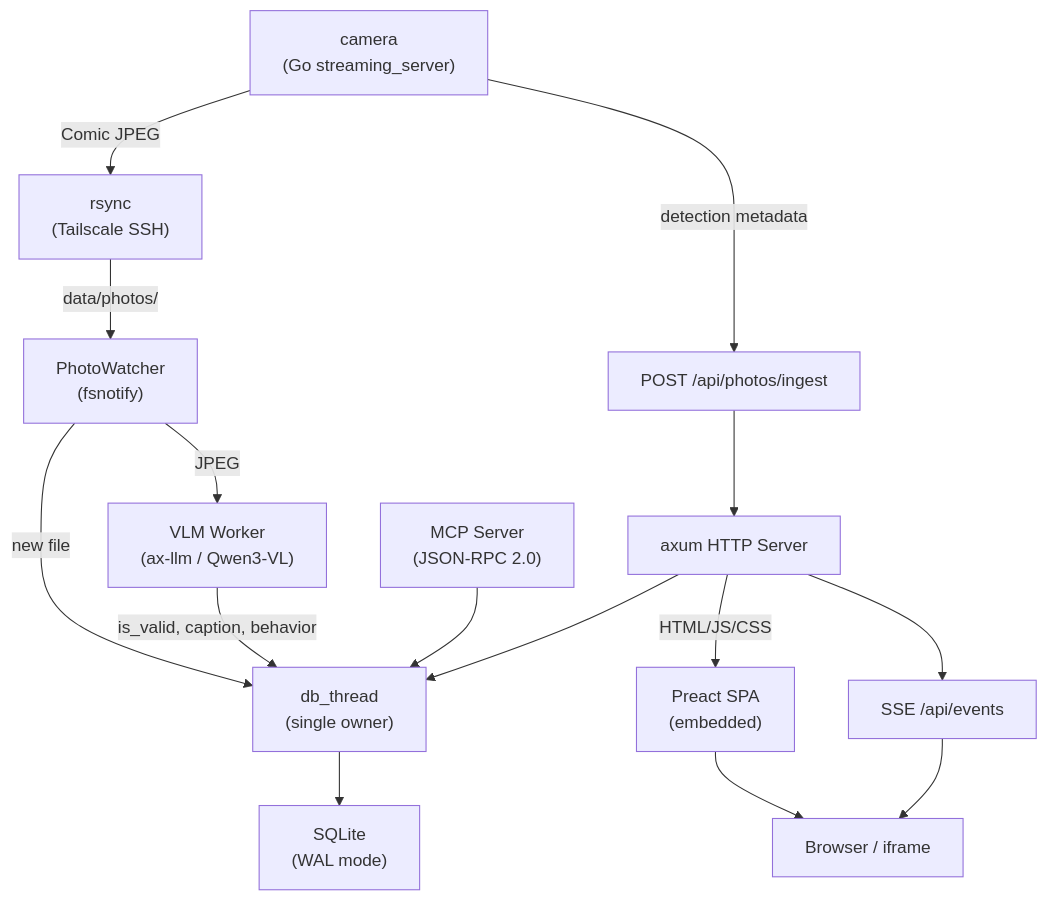
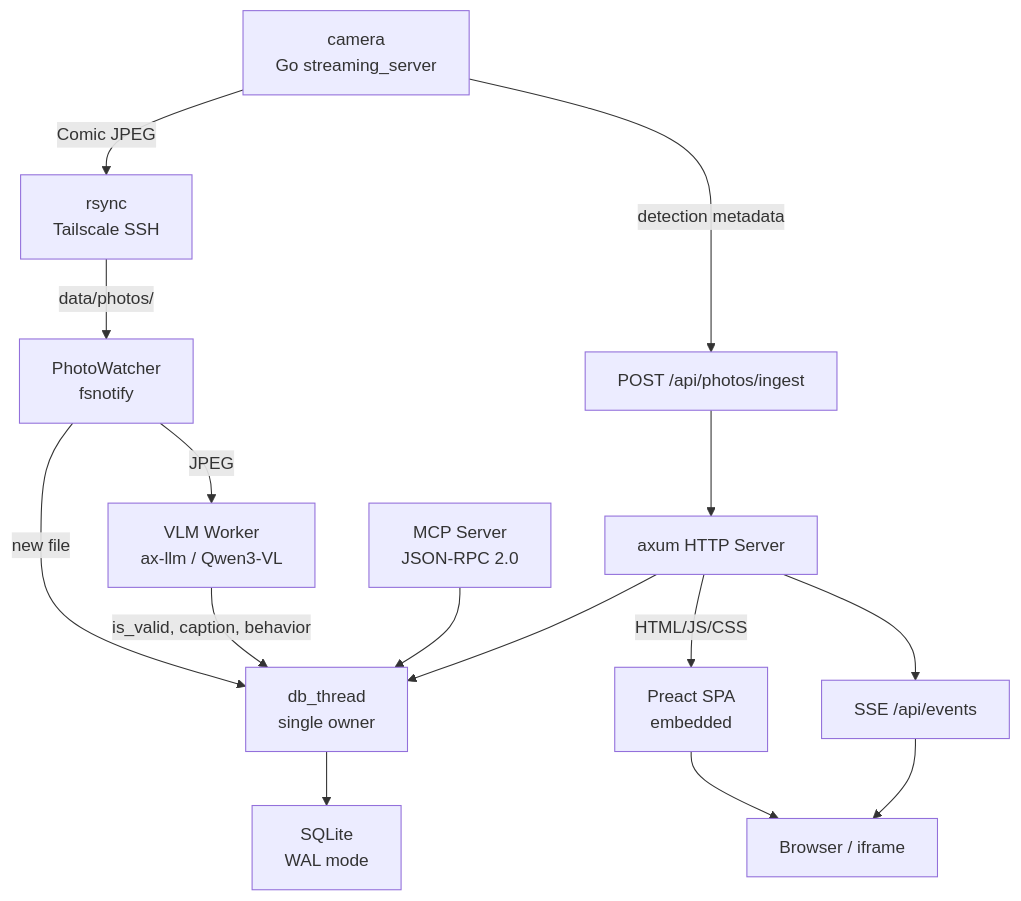
The first of 2 diagrams in src/ai-pyramid/docs/architecture.md (dj-oyu/rdk-x5_smart-pet-camera), drawn with Mermaid before and after one commit. The commit also changed other lines of this file and 32 other files, not shown here.

````diff
--- a/src/ai-pyramid/docs/architecture.md
+++ b/src/ai-pyramid/docs/architecture.md
@@ -5,30 +5,30 @@
 ```mermaid
 graph TD
-    RDK["camera<br/>(Go streaming_server)"]
-    RSYNC["rsync<br/>(Tailscale SSH)"]
+    RDK["camera<br/>Go streaming_server"]
+    RSYNC["rsync<br/>Tailscale SSH"]
     INGEST_API["POST /api/photos/ingest"]
-    WATCHER["PhotoWatcher<br/>(fsnotify)"]
-    VLM["VLM Worker<br/>(ax-llm / Qwen3-VL)"]
-    DB_THREAD["db_thread<br/>(single owner)"]
-    SQLITE["SQLite<br/>(WAL mode)"]
+    WATCHER["PhotoWatcher<br/>fsnotify"]
+    VLM["VLM Worker<br/>ax-llm / Qwen3-VL"]
+    DB_THREAD["db_thread<br/>single owner"]
+    SQLITE["SQLite<br/>WAL mode"]
     SERVER["axum HTTP Server"]
-    MCP["MCP Server<br/>(JSON-RPC 2.0)"]
-    UI["Preact SPA<br/>(embedded)"]
+    MCP["MCP Server<br/>JSON-RPC 2.0"]
+    UI["Preact SPA<br/>embedded"]
     SSE["SSE /api/events"]
     BROWSER["Browser / iframe"]
 
     RDK -->|Comic JPEG| RSYNC
     RSYNC -->|data/photos/| WATCHER
     RDK -->|detection metadata| INGEST_API
     INGEST_API --> SERVER
     WATCHER -->|new file| DB_THREAD
     WATCHER -->|JPEG| VLM
     VLM -->|is_valid, caption, behavior| DB_THREAD
     DB_THREAD --> SQLITE
     SERVER --> DB_THREAD
     MCP --> DB_THREAD
     SERVER -->|HTML/JS/CSS| UI
     SERVER --> SSE
     UI --> BROWSER
     SSE --> BROWSER
 ```
````
